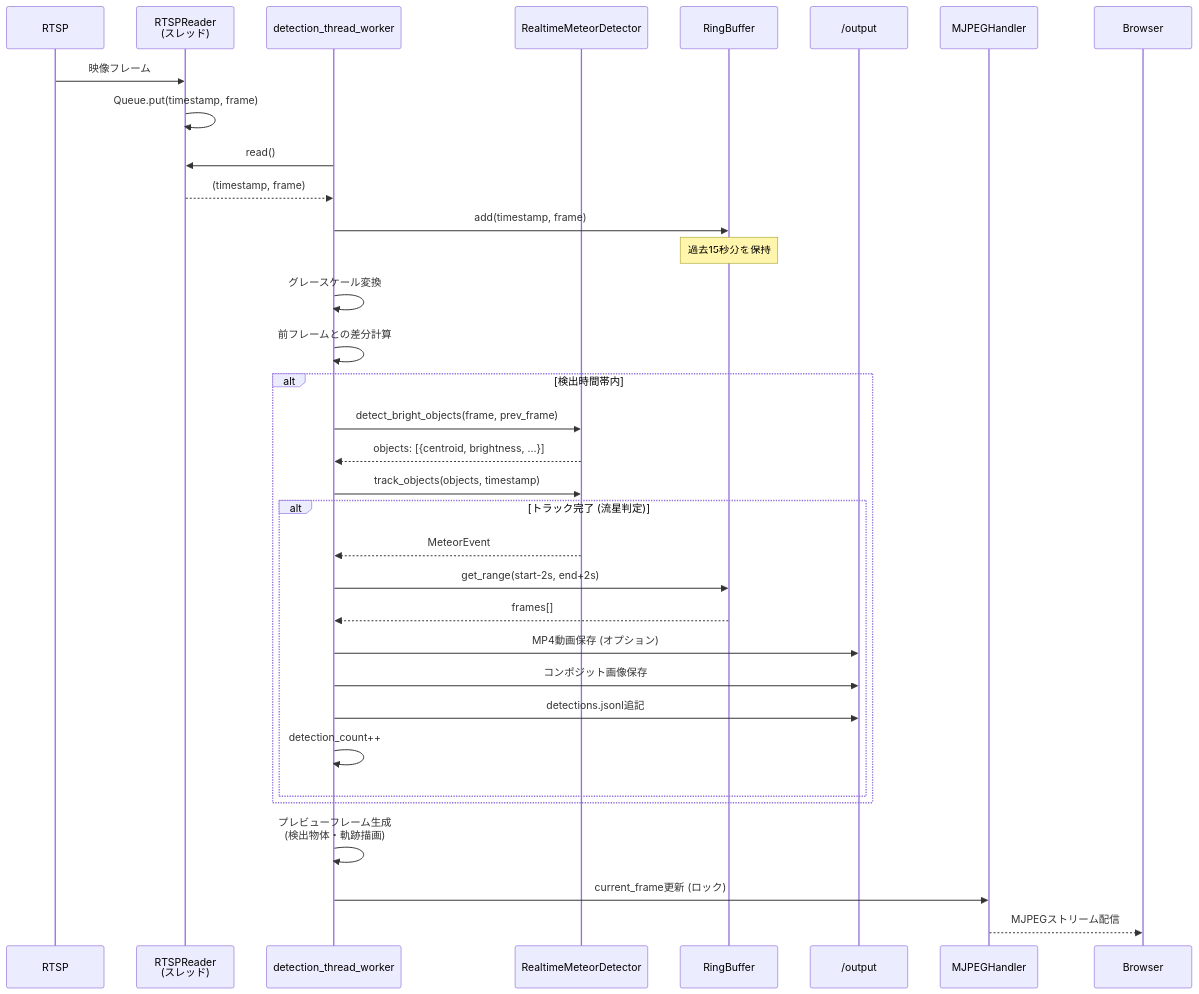
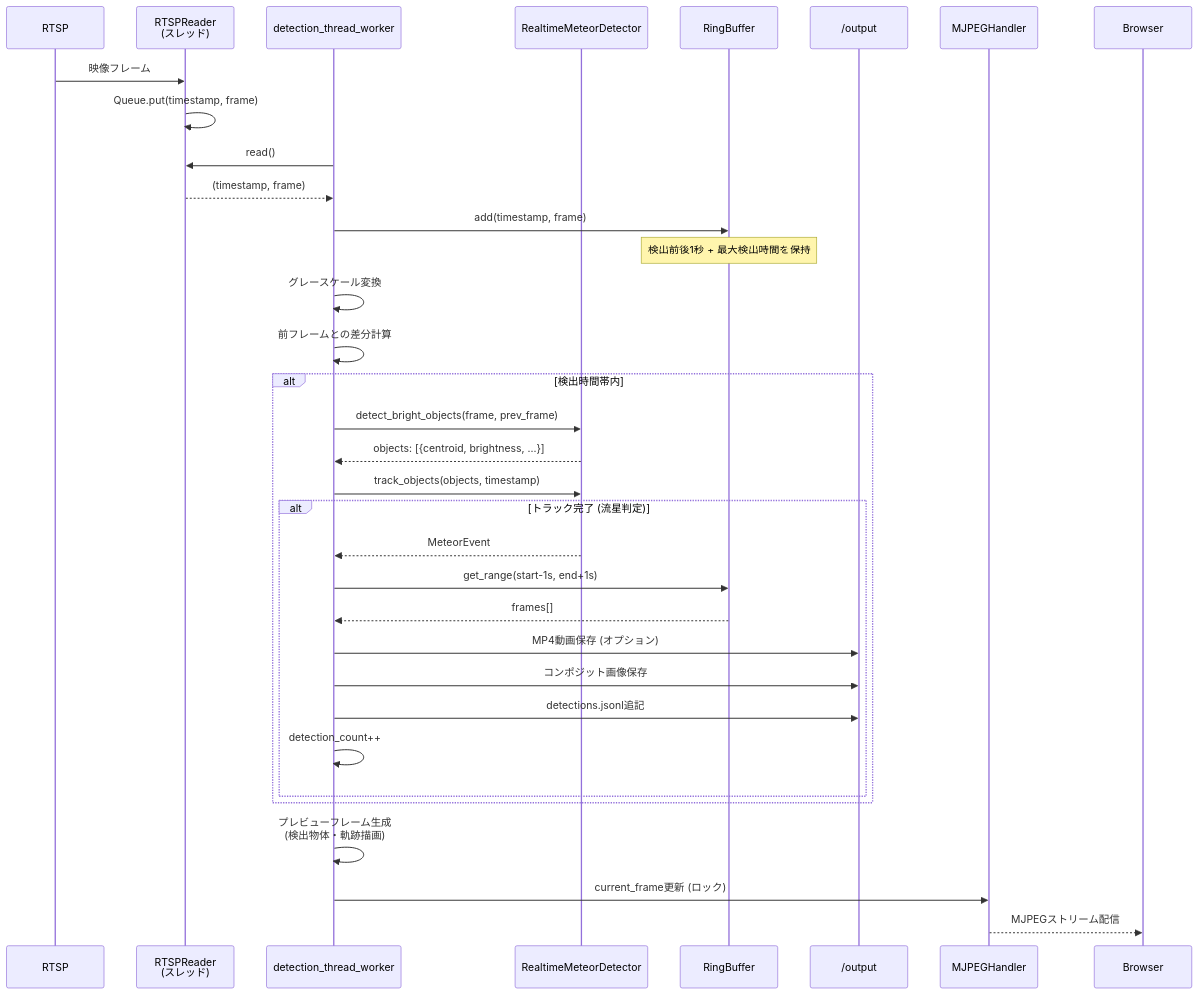
Before and after one commit to Masakai/meteo: the fourth of 5 diagrams in documents/ARCHITECTURE.md, drawn with Mermaid. The commit also changed other lines of this file and 9 other files, not shown here.

````diff
--- a/documents/ARCHITECTURE.md
+++ b/documents/ARCHITECTURE.md
@@ -131,47 +133,47 @@
 ```mermaid
 sequenceDiagram
     participant RTSP
     participant Reader as RTSPReader<br/>(スレッド)
     participant DetectionThread as detection_thread_worker
     participant Detector as RealtimeMeteorDetector
     participant RingBuffer
     participant Storage as /output
     participant WebServer as MJPEGHandler
 
     RTSP->>Reader: 映像フレーム
     Reader->>Reader: Queue.put(timestamp, frame)
 
     DetectionThread->>Reader: read()
     Reader-->>DetectionThread: (timestamp, frame)
 
     DetectionThread->>RingBuffer: add(timestamp, frame)
-    Note over RingBuffer: 過去15秒分を保持
+    Note over RingBuffer: 検出前後1秒 + 最大検出時間を保持
 
     DetectionThread->>DetectionThread: グレースケール変換
     DetectionThread->>DetectionThread: 前フレームとの差分計算
 
     alt 検出時間帯内
         DetectionThread->>Detector: detect_bright_objects(frame, prev_frame)
         Detector-->>DetectionThread: objects: [{centroid, brightness, ...}]
 
         DetectionThread->>Detector: track_objects(objects, timestamp)
 
         alt トラック完了 (流星判定)
             Detector-->>DetectionThread: MeteorEvent
 
-            DetectionThread->>RingBuffer: get_range(start-2s, end+2s)
+            DetectionThread->>RingBuffer: get_range(start-1s, end+1s)
             RingBuffer-->>DetectionThread: frames[]
 
             DetectionThread->>Storage: MP4動画保存 (オプション)
             DetectionThread->>Storage: コンポジット画像保存
             DetectionThread->>Storage: detections.jsonl追記
 
             DetectionThread->>DetectionThread: detection_count++
         end
     end
 
     DetectionThread->>DetectionThread: プレビューフレーム生成<br/>(検出物体・軌跡描画)
     DetectionThread->>WebServer: current_frame更新 (ロック)
 
     WebServer-->>Browser: MJPEGストリーム配信
 ```
````
